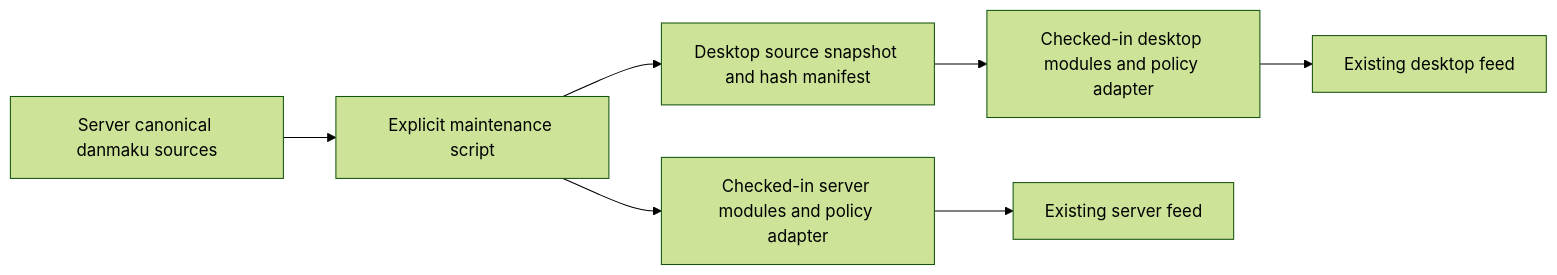
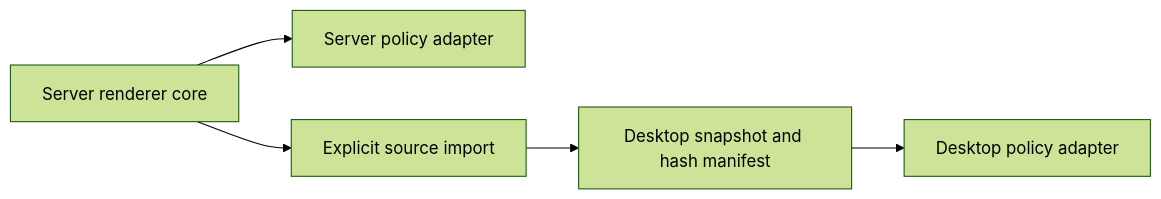
One commit to AuroraWhisperer/LIRA changed the diagram in docs/architecture/adr/0020-shared-danmaku-source.md. Above: the diagram before and after it, drawn with Mermaid (forest theme). The commit also changed other lines of this file and 156 other files, not shown here.

````diff
--- a/docs/architecture/adr/0020-shared-danmaku-source.md
+++ b/docs/architecture/adr/0020-shared-danmaku-source.md
@@ -61,9 +55,7 @@
 ```mermaid
 flowchart LR
-  Source[Server canonical danmaku sources] --> Generator[Explicit maintenance script]
-  Generator --> Server[Checked-in server modules and policy adapter]
-  Generator --> Snapshot[Desktop source snapshot and hash manifest]
-  Snapshot --> Desktop[Checked-in desktop modules and policy adapter]
-  Server --> ServerFeed[Existing server feed]
-  Desktop --> DesktopFeed[Existing desktop feed]
+  Source[Server renderer core] --> ServerAdapter[Server policy adapter]
+  Source --> Import[Explicit source import]
+  Import --> Snapshot[Desktop snapshot and hash manifest]
+  Snapshot --> DesktopAdapter[Desktop policy adapter]
 ```
````
